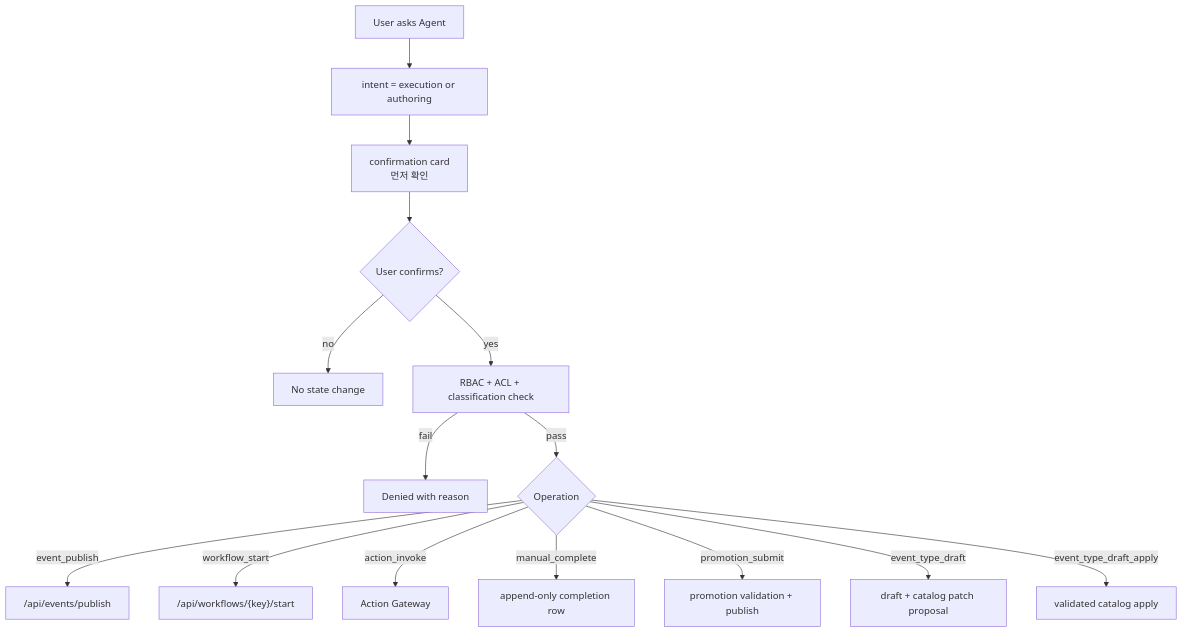
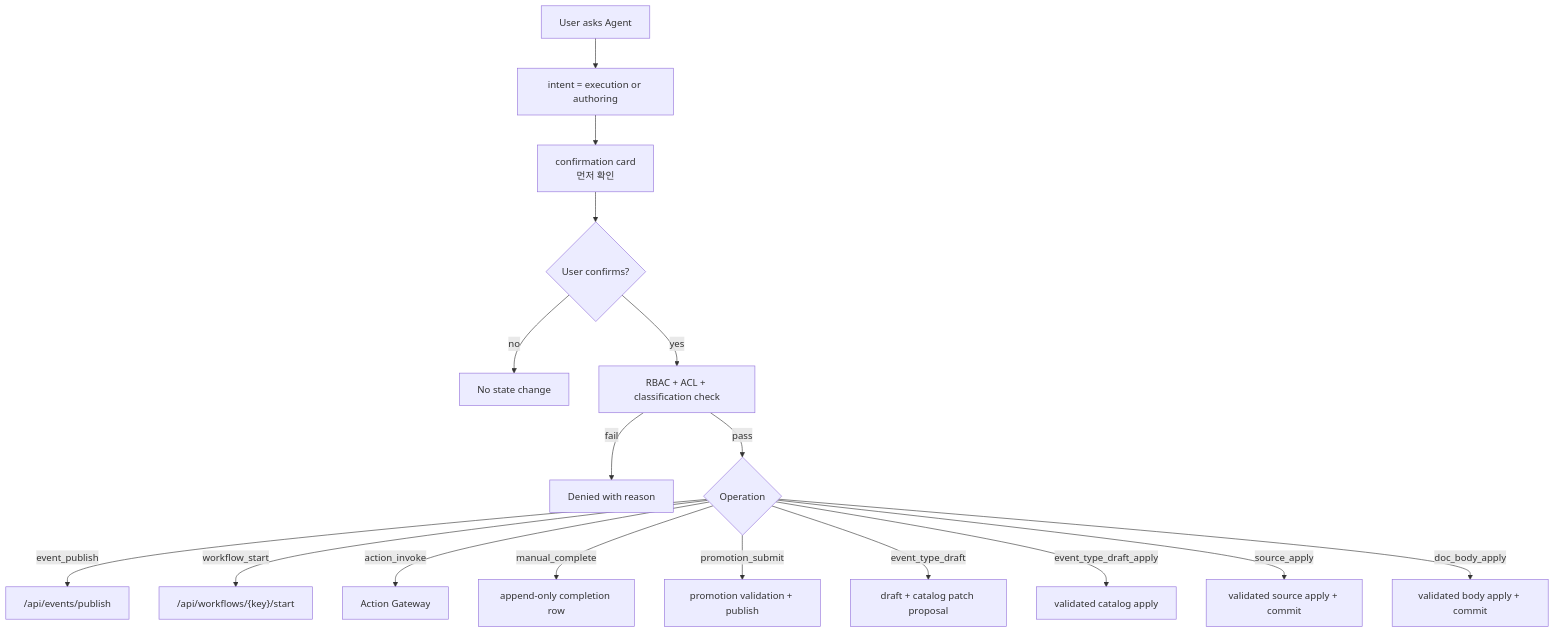
The first of 2 diagrams in data/boi/public/boi-wiki-manual/agent/agent-execution-and-event-authoring.md (chokukil/boi-wiki), drawn with Mermaid before and after one commit. The commit also changed other lines of this file and 2 other files, not shown here.

Commit message:
Support Agent approval for source and body apply

````diff
--- a/data/boi/public/boi-wiki-manual/agent/agent-execution-and-event-authoring.md
+++ b/data/boi/public/boi-wiki-manual/agent/agent-execution-and-event-authoring.md
@@ -34,17 +34,19 @@
 ```mermaid
 flowchart TD
   ASK["User asks Agent"] --> INTENT["intent = execution or authoring"]
   INTENT --> CARD["confirmation card<br/>먼저 확인"]
   CARD --> USER{"User confirms?"}
   USER -->|no| STOP["No state change"]
   USER -->|yes| RBAC["RBAC + ACL + classification check"]
   RBAC -->|fail| DENY["Denied with reason"]
   RBAC -->|pass| EXEC{"Operation"}
   EXEC -->|event_publish| EVENT["/api/events/publish"]
   EXEC -->|workflow_start| WF["/api/workflows/{key}/start"]
   EXEC -->|action_invoke| ACT["Action Gateway"]
   EXEC -->|manual_complete| MAN["append-only completion row"]
   EXEC -->|promotion_submit| PROMO["promotion validation + publish"]
   EXEC -->|event_type_draft| DRAFT["draft + catalog patch proposal"]
   EXEC -->|event_type_draft_apply| APPLY["validated catalog apply"]
+  EXEC -->|source_apply| SRC["validated source apply + commit"]
+  EXEC -->|doc_body_apply| BODY["validated body apply + commit"]
 ```
````
